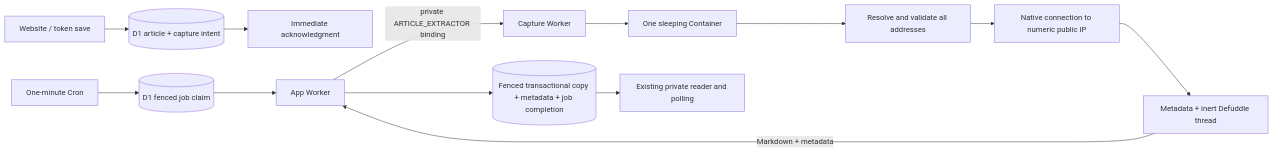
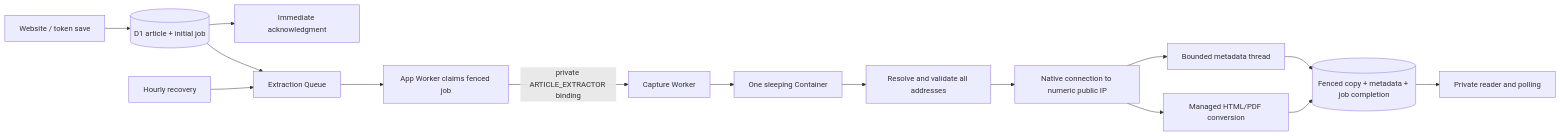
The diagram in docs/cloudflare-capture.md (Pajdzik/read-it-later), drawn with Mermaid before and after one commit. The commit also changed other lines of this file and 121 other files, not shown here.

````diff
--- a/docs/cloudflare-capture.md
+++ b/docs/cloudflare-capture.md
@@ -9,15 +9,17 @@
 ```mermaid
 flowchart LR
-    Save[Website / token save] --> Intent[(D1 article + capture intent)]
-    Intent --> Ack[Immediate acknowledgment]
-    Cron[One-minute Cron] --> Claim[(D1 fenced job claim)]
-    Claim --> App[App Worker]
+    Save[Website / token save] --> Commit[(D1 article + initial job)]
+    Commit --> Ack[Immediate acknowledgment]
+    Commit --> Queue[Extraction Queue]
+    Cron[Hourly recovery] --> Queue
+    Queue --> App[App Worker claims fenced job]
     App -->|private ARTICLE_EXTRACTOR binding| Service[Capture Worker]
     Service --> Container[One sleeping Container]
     Container --> DNS[Resolve and validate all addresses]
     DNS --> Fetch[Native connection to numeric public IP]
-    Fetch --> Convert[Metadata + inert Defuddle thread]
-    Convert -->|Markdown + metadata| App
-    App --> Complete[(Fenced transactional copy + metadata + job completion)]
-    Complete --> Reader[Existing private reader and polling]
+    Fetch --> Metadata[Bounded metadata thread]
+    Fetch --> Convert[Managed HTML/PDF conversion]
+    Metadata --> Complete[(Fenced copy + metadata + job completion)]
+    Convert --> Complete
+    Complete --> Reader[Private reader and polling]
 ```
````
